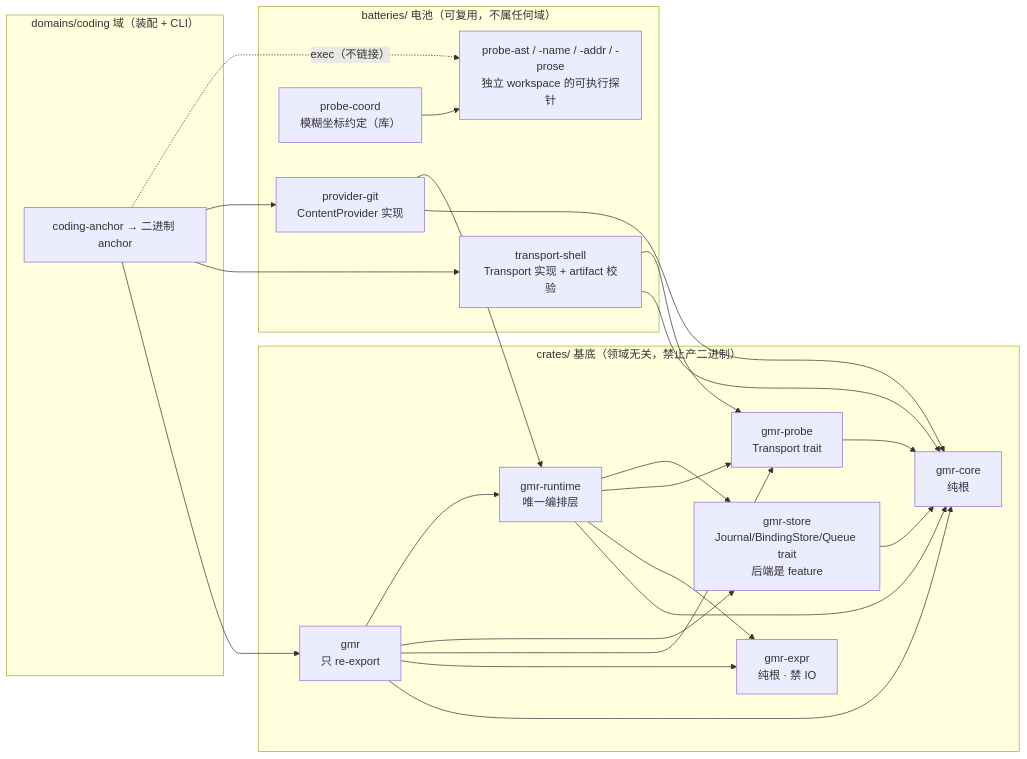
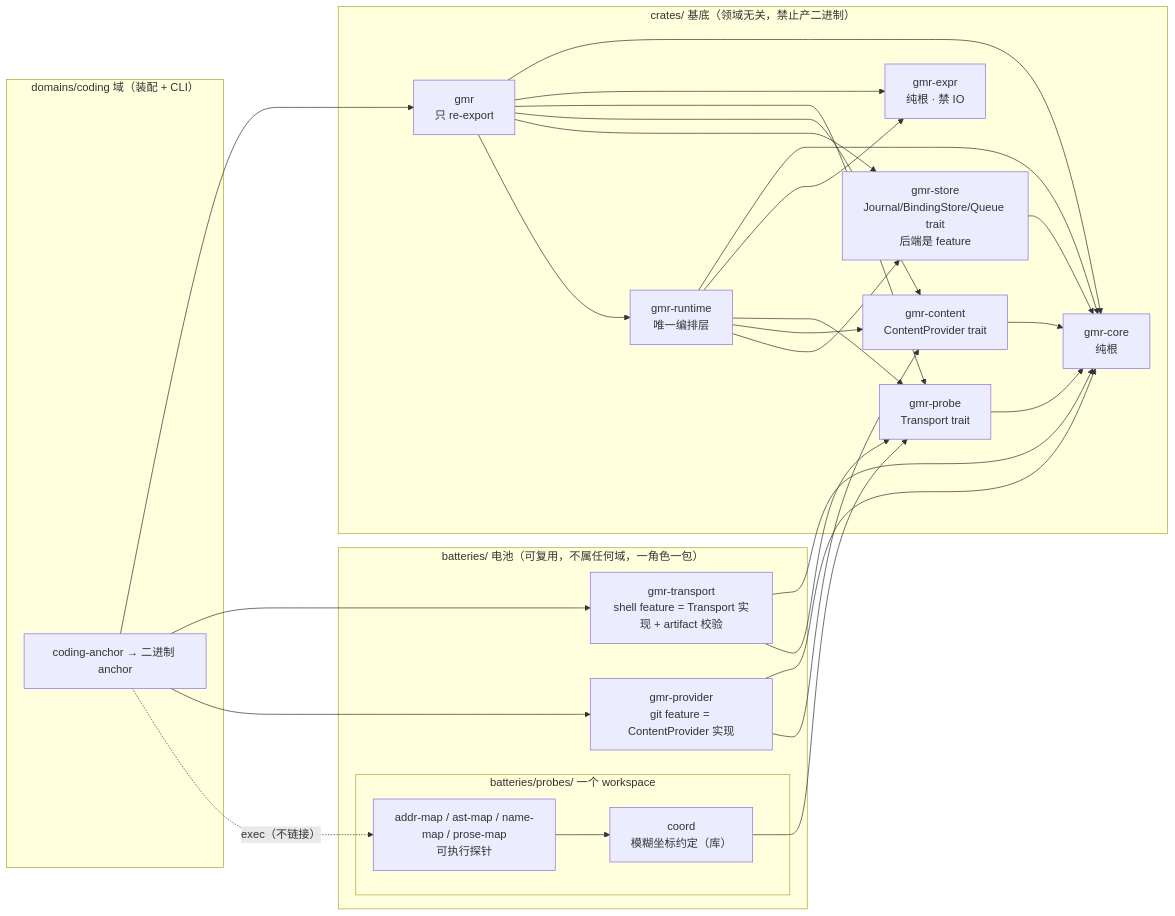
Before and after one commit to Anchorstate-Lab/GMR: the second of 3 diagrams in docs/architect.md, drawn with Mermaid. The commit also changed other lines of this file and 2 other files, not shown here.

Commit message:
Update README and architect.md for the batteries/ restructuring
Paths and package names changed across the last four commits
(batteries/probe-coord -> batteries/probes/coord, transport-shell ->
gmr-transport, provider-git -> gmr-provider); bring the docs and one
stray source comment in line. Leaves docs/modules.svg alone -- it's a
generated diagram with no source file in the repo to regenerate it
from, so it's now stale (old crate names/paths) until someone
regenerates it from whatever produced it originally.

Also fixes a pre-existing inaccuracy in architect.md's dependency
diagram noticed while updating it: provider-git was drawn depending on
gmr-runtime, but it has only ever depended on gmr-core and gmr-content.

memories/*.md are intentionally not touched here -- they're anchor-
bound records this repo's CLAUDE.md says need owner judgment to edit,
not plain documentation.

````diff
--- a/docs/architect.md
+++ b/docs/architect.md
@@ -47,32 +47,37 @@
 ```mermaid
 flowchart LR
     subgraph crates["crates/ 基底（领域无关，禁止产二进制）"]
       core["gmr-core<br/>纯根"]
       expr["gmr-expr<br/>纯根 · 禁 IO"]
       probe["gmr-probe<br/>Transport trait"]
+      content["gmr-content<br/>ContentProvider trait"]
       store["gmr-store<br/>Journal/BindingStore/Queue trait<br/>后端是 feature"]
       rt["gmr-runtime<br/>唯一编排层"]
       facade["gmr<br/>只 re-export"]
     end
-    subgraph batteries["batteries/ 电池（可复用，不属任何域）"]
-      shell["transport-shell<br/>Transport 实现 + artifact 校验"]
-      git["provider-git<br/>ContentProvider 实现"]
-      coord["probe-coord<br/>模糊坐标约定（库）"]
-      probes["probe-ast / -name / -addr / -prose<br/>独立 workspace 的可执行探针"]
+    subgraph batteries["batteries/ 电池（可复用，不属任何域，一角色一包）"]
+      transport["gmr-transport<br/>shell feature = Transport 实现 + artifact 校验"]
+      provider["gmr-provider<br/>git feature = ContentProvider 实现"]
+      subgraph probes["batteries/probes/ 一个 workspace"]
+        coord["coord<br/>模糊坐标约定（库）"]
+        maps["addr-map / ast-map / name-map / prose-map<br/>可执行探针"]
+      end
     end
     subgraph domains["domains/coding 域（装配 + CLI）"]
       cli["coding-anchor → 二进制 anchor"]
     end
 
     probe --> core
+    content --> core
     store --> core
-    rt --> core & expr & probe & store
-    facade --> core & expr & probe & store & rt
-    shell --> core & probe
-    git --> core & rt
-    coord --> probes
+    rt --> core & expr & probe & content & store
+    facade --> core & expr & probe & content & store & rt
+    transport --> core & probe
+    provider --> core & content
+    maps --> coord
+    coord --> probe
     cli --> facade
-    cli --> shell
-    cli --> git
-    cli -. "exec（不链接）" .-> probes
+    cli --> transport
+    cli --> provider
+    cli -. "exec（不链接）" .-> maps
 ```
````
